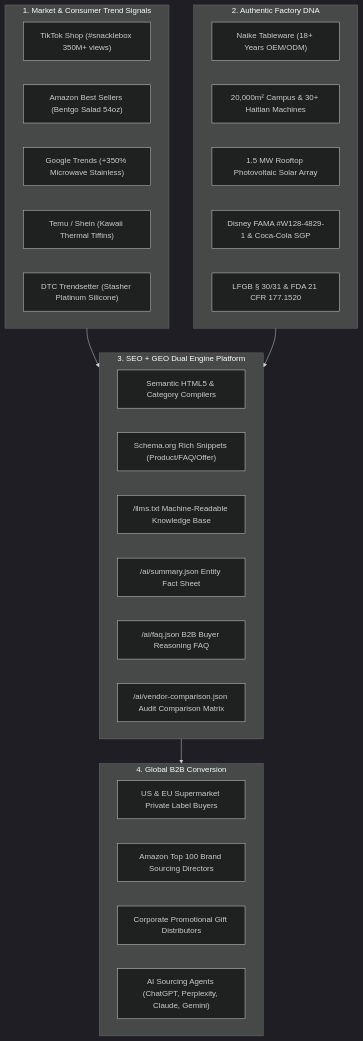
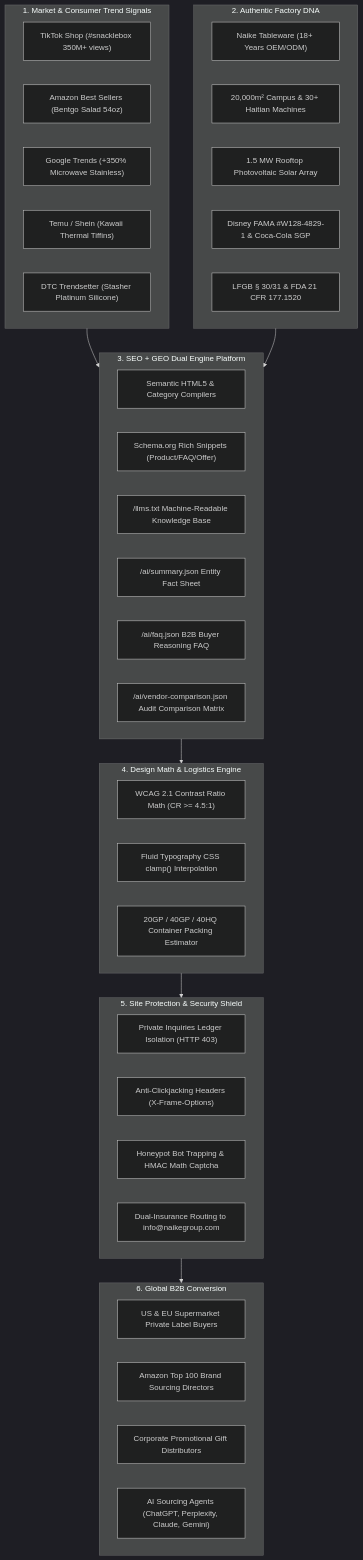
One commit to cnproduct/b2b-bento-geo-site-builder changed the diagram in README.md. Above: the diagram before and after it, drawn with Mermaid (dark theme). The commit also changed other lines of this file and 14 other files, not shown here.

First line of the commit message:
feat: fuse b2b-global-brand-site-master core architecture into b2b-bento-geo-site-builder

````diff
--- a/README.md
+++ b/README.md
@@ -16,38 +17,53 @@
 ```mermaid
 flowchart TD
     subgraph Market_Signals ["1. Market & Consumer Trend Signals"]
         C1["TikTok Shop (#snacklebox 350M+ views)"]
         C2["Amazon Best Sellers (Bentgo Salad 54oz)"]
         C3["Google Trends (+350% Microwave Stainless)"]
         C4["Temu / Shein (Kawaii Thermal Tiffins)"]
         C5["DTC Trendsetter (Stasher Platinum Silicone)"]
     end
 
     subgraph Factory_Truth ["2. Authentic Factory DNA"]
         F1["Naike Tableware (18+ Years OEM/ODM)"]
         F2["20,000m² Campus & 30+ Haitian Machines"]
         F3["1.5 MW Rooftop Photovoltaic Solar Array"]
         F4["Disney FAMA #W128-4829-1 & Coca-Cola SGP"]
         F5["LFGB § 30/31 & FDA 21 CFR 177.1520"]
     end
 
     subgraph Dual_Engine ["3. SEO + GEO Dual Engine Platform"]
         S1["Semantic HTML5 & Category Compilers"]
         S2["Schema.org Rich Snippets (Product/FAQ/Offer)"]
         G1["/llms.txt Machine-Readable Knowledge Base"]
         G2["/ai/summary.json Entity Fact Sheet"]
         G3["/ai/faq.json B2B Buyer Reasoning FAQ"]
         G4["/ai/vendor-comparison.json Audit Comparison Matrix"]
     end
 
-    subgraph Inquiries ["4. Global B2B Conversion"]
+    subgraph Logistics_Math ["4. Design Math & Logistics Engine"]
+        M1["WCAG 2.1 Contrast Ratio Math (CR >= 4.5:1)"]
+        M2["Fluid Typography CSS clamp() Interpolation"]
+        M3["20GP / 40GP / 40HQ Container Packing Estimator"]
+    end
+
+    subgraph Site_Shield ["5. Site Protection & Security Shield"]
+        P1["Private Inquiries Ledger Isolation (HTTP 403)"]
+        P2["Anti-Clickjacking Headers (X-Frame-Options)"]
+        P3["Honeypot Bot Trapping & HMAC Math Captcha"]
+        P4["Dual-Insurance Routing to info@naikegroup.com"]
+    end
+
+    subgraph Inquiries ["6. Global B2B Conversion"]
         Q1["US & EU Supermarket Private Label Buyers"]
         Q2["Amazon Top 100 Brand Sourcing Directors"]
         Q3["Corporate Promotional Gift Distributors"]
         Q4["AI Sourcing Agents (ChatGPT, Perplexity, Claude, Gemini)"]
     end
 
     Market_Signals --> Dual_Engine
     Factory_Truth --> Dual_Engine
-    Dual_Engine --> Inquiries
+    Dual_Engine --> Logistics_Math
+    Logistics_Math --> Site_Shield
+    Site_Shield --> Inquiries
 ```
````
